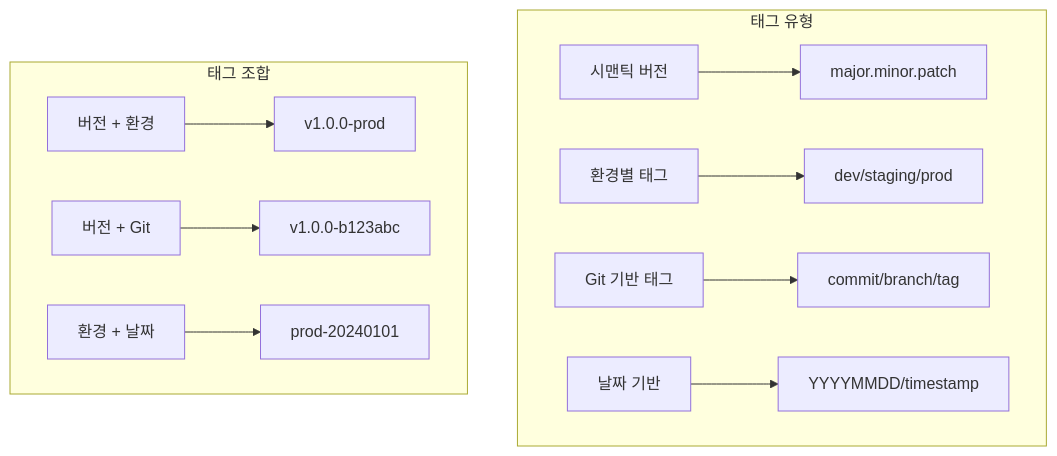
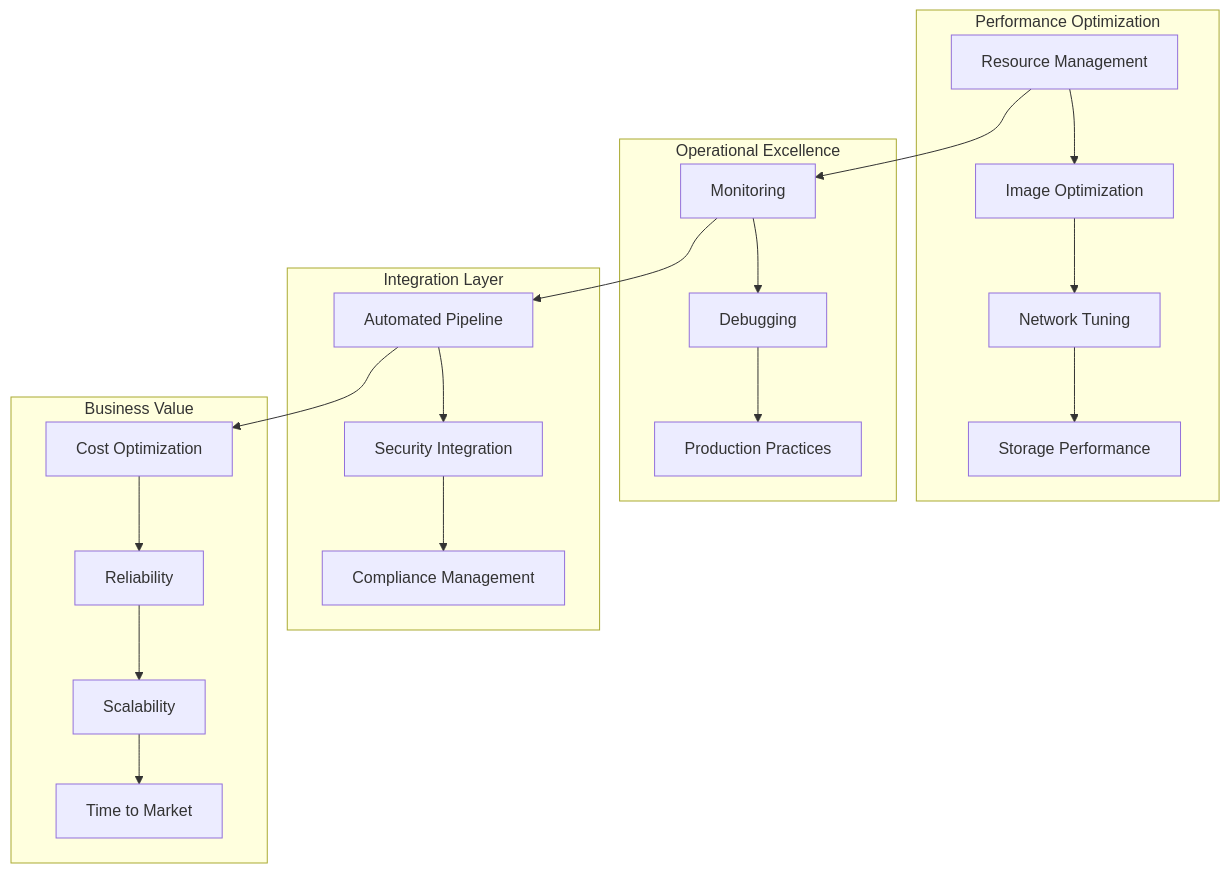
One commit to niceguy61/kdt_devops_lecture_2025 changed the first of 2 diagrams in week_02/day_02/session_08.md. Above: the diagram before and after it, drawn with Mermaid. The commit also changed other lines of this file and 41 other files, not shown here.

````diff
--- a/week_02/day_02/session_08.md
+++ b/week_02/day_02/session_08.md
@@ -15,15 +15,28 @@
 ```mermaid
 graph TB
-    subgraph "태그 유형"
-        A[시맨틱 버전] --> B[major.minor.patch]
-        C[환경별 태그] --> D[dev/staging/prod]
-        E[Git 기반 태그] --> F[commit/branch/tag]
-        G[날짜 기반] --> H[YYYYMMDD/timestamp]
+    subgraph "Performance Optimization"
+        A[Resource Management] --> B[Image Optimization]
+        B --> C[Network Tuning]
+        C --> D[Storage Performance]
     end
     
-    subgraph "태그 조합"
-        I[버전 + 환경] --> J[v1.0.0-prod]
-        K[버전 + Git] --> L[v1.0.0-b123abc]
-        M[환경 + 날짜] --> N[prod-20240101]
+    subgraph "Operational Excellence"
+        E[Monitoring] --> F[Debugging]
+        F --> G[Production Practices]
     end
+    
+    subgraph "Integration Layer"
+        H[Automated Pipeline] --> I[Security Integration]
+        I --> J[Compliance Management]
+    end
+    
+    subgraph "Business Value"
+        K[Cost Optimization] --> L[Reliability]
+        L --> M[Scalability]
+        M --> N[Time to Market]
+    end
+    
+    A --> E
+    E --> H
+    H --> K
 ```
````
